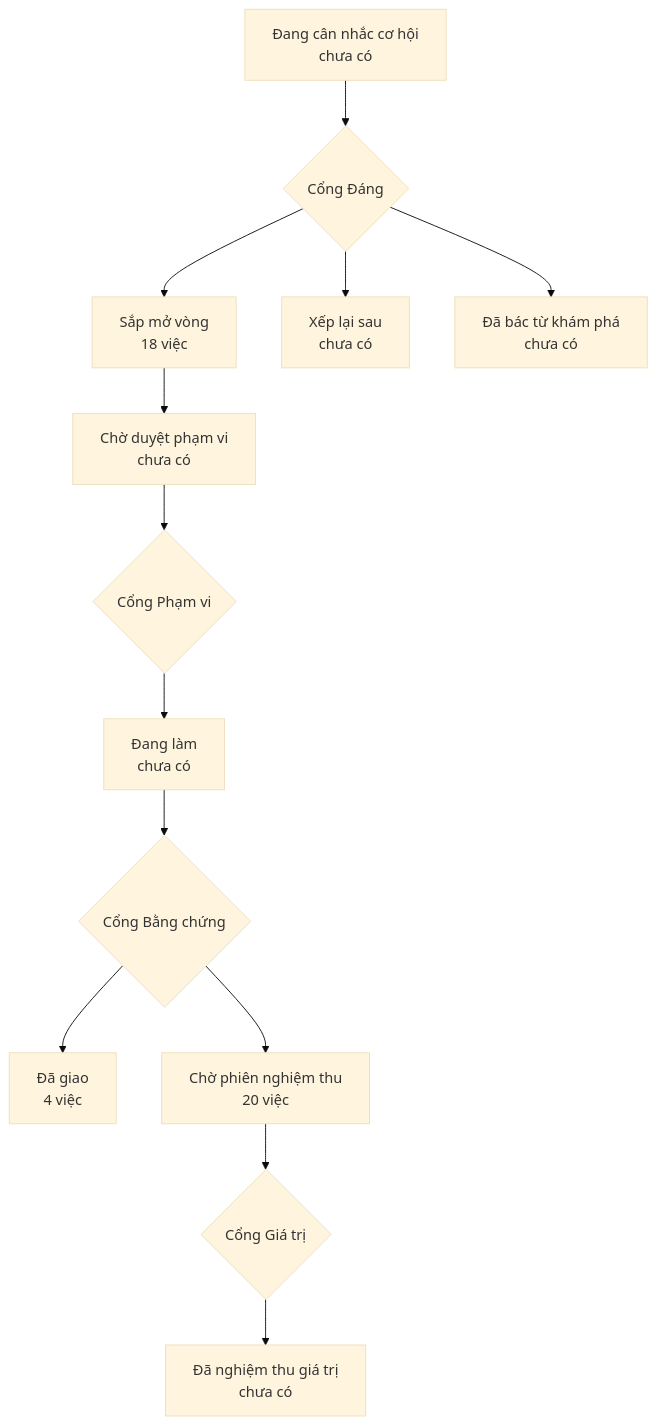
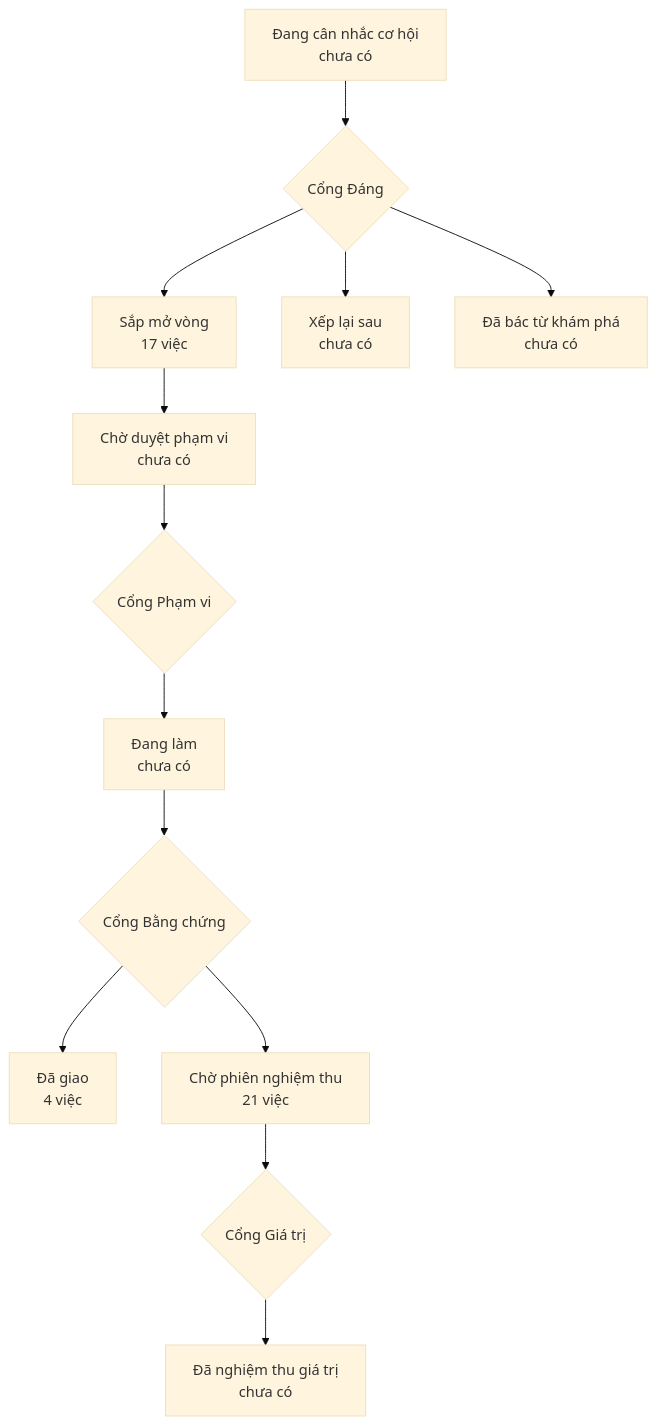
The diagram in PRODUCT-MAP.md (phanlemanh/onehub-quy-hang), drawn with Mermaid (base theme) before and after one commit. The commit also changed 1 other file, not shown here.

Commit message:
chore(product-map): vẽ lại sau khi gộp main

````diff
--- a/PRODUCT-MAP.md
+++ b/PRODUCT-MAP.md
@@ -7,12 +7,12 @@
 ```mermaid
 flowchart TD
   A["Đang cân nhắc cơ hội<br/>chưa có"] --> GD{"Cổng Đáng"}
-  GD --> B["Sắp mở vòng<br/>18 việc"]
+  GD --> B["Sắp mở vòng<br/>17 việc"]
   GD --> XL["Xếp lại sau<br/>chưa có"]
   GD --> DB["Đã bác từ khám phá<br/>chưa có"]
   B --> CD["Chờ duyệt phạm vi<br/>chưa có"] --> GP{"Cổng Phạm vi"}
   GP --> DL["Đang làm<br/>chưa có"] --> GB{"Cổng Bằng chứng"}
   GB --> DG["Đã giao<br/>4 việc"]
-  GB --> CN["Chờ phiên nghiệm thu<br/>20 việc"] --> GG{"Cổng Giá trị"}
+  GB --> CN["Chờ phiên nghiệm thu<br/>21 việc"] --> GG{"Cổng Giá trị"}
   GG --> NT["Đã nghiệm thu giá trị<br/>chưa có"]
 ```
````
